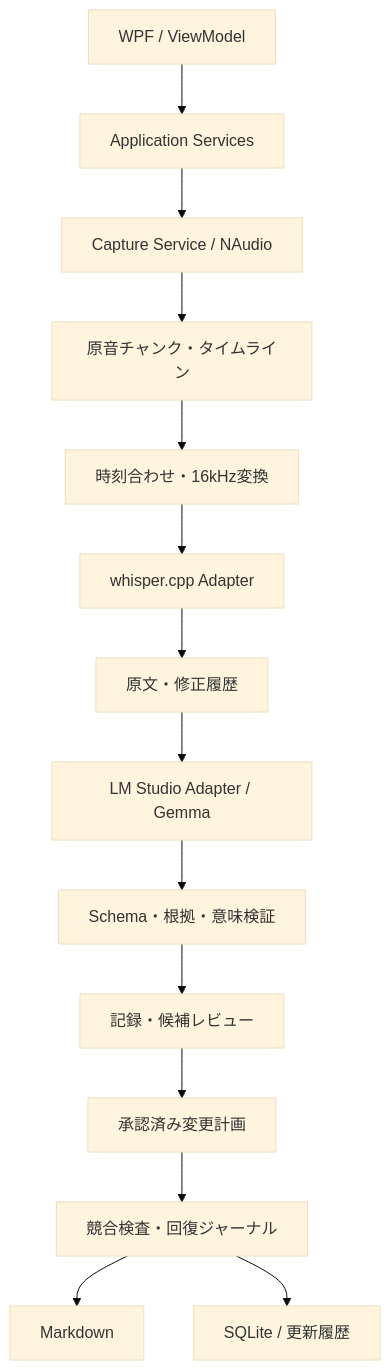
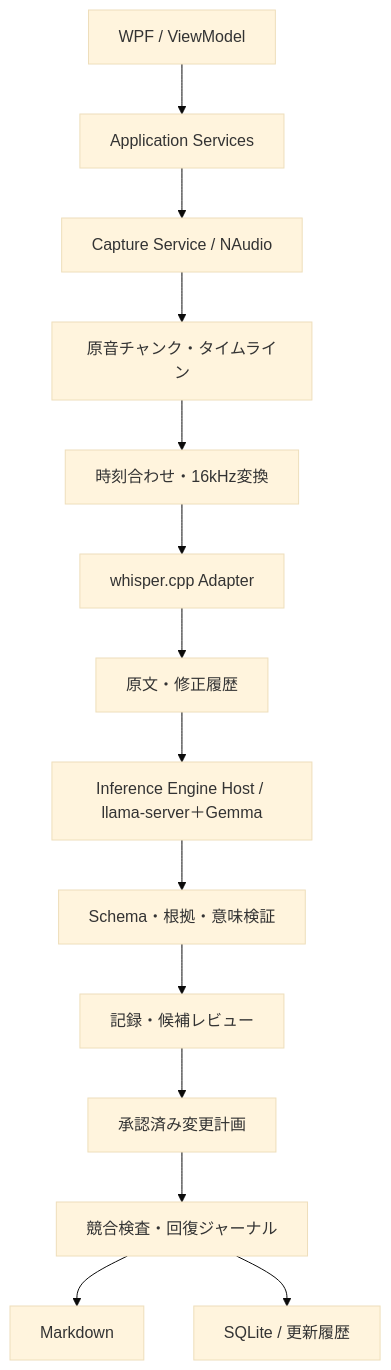
The diagram in docs/VoiceJournal_アプリ詳細仕様書.md (KokiTokutake/voice-journal-public), drawn with Mermaid (base theme) before and after one commit. The commit also changed other lines of this file and 3 other files, not shown here.

Commit message:
docs: 詳細仕様書を 1.1 に改訂（推論を同梱の llama-server＋Gemma 4 E2B に、NFR-07 を 30 分で 7 分以内に）し、決定を計画書に記録する

````diff
--- a/docs/VoiceJournal_アプリ詳細仕様書.md
+++ b/docs/VoiceJournal_アプリ詳細仕様書.md
@@ -93,16 +97,16 @@
 ```mermaid
 flowchart TD
   UI[WPF / ViewModel] --> APP[Application Services]
   APP --> CAP[Capture Service / NAudio]
   CAP --> RAW[原音チャンク・タイムライン]
   RAW --> NORM[時刻合わせ・16kHz変換]
   NORM --> STT[whisper.cpp Adapter]
   STT --> TX[原文・修正履歴]
-  TX --> LLM[LM Studio Adapter / Gemma]
+  TX --> LLM[Inference Engine Host / llama-server＋Gemma]
   LLM --> VAL[Schema・根拠・意味検証]
   VAL --> REVIEW[記録・候補レビュー]
   REVIEW --> PLAN[承認済み変更計画]
   PLAN --> SAFE[競合検査・回復ジャーナル]
   SAFE --> MD[Markdown]
   SAFE --> DB[SQLite / 更新履歴]
 ```
````
